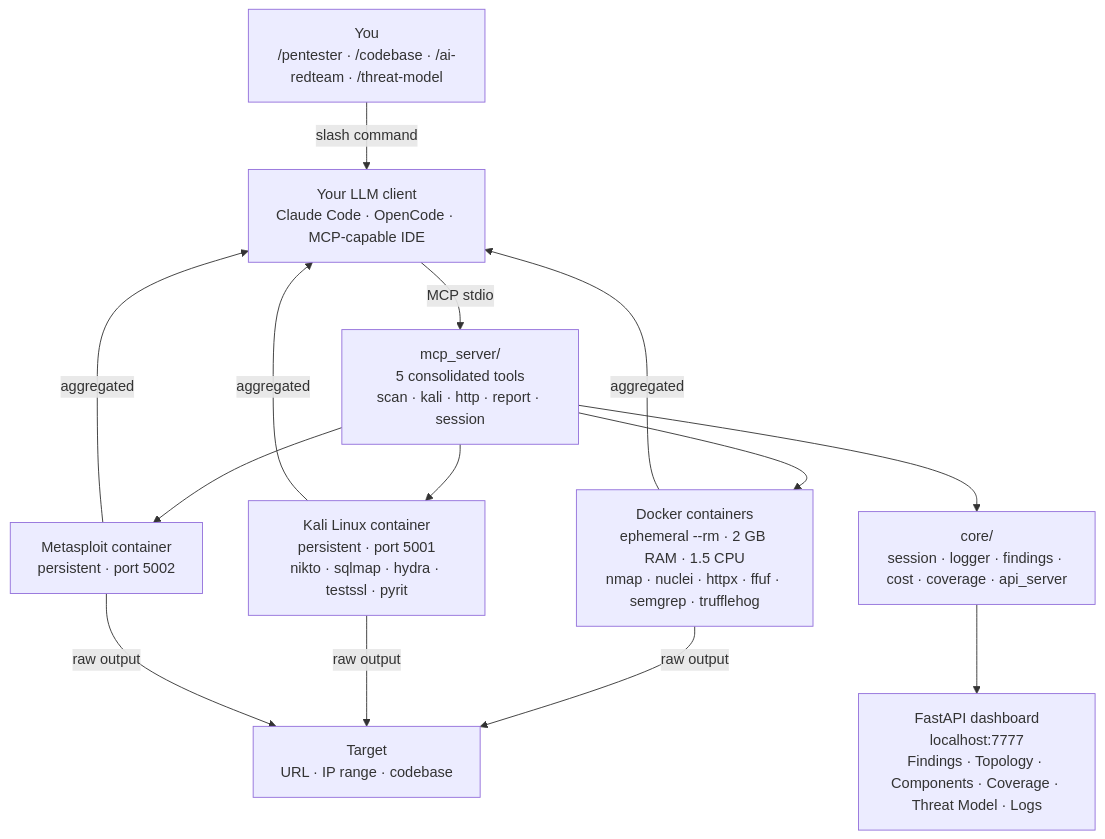
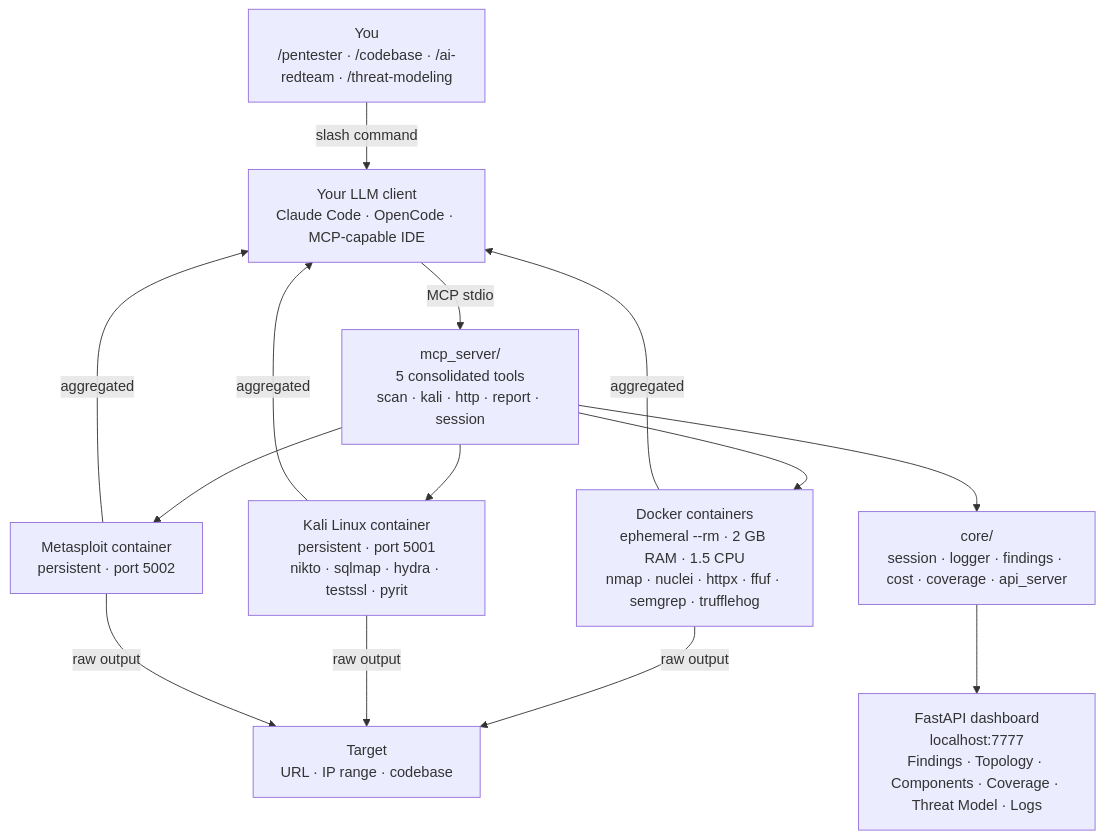
One commit to 0x0pointer/agent-smith changed the first of 2 diagrams in README.md. Above: the diagram before and after it, drawn with Mermaid. The commit also changed other lines of this file and 5 other files, not shown here.

````diff
--- a/README.md
+++ b/README.md
@@ -239,26 +239,26 @@
 ```mermaid
 flowchart TD
-    User["You<br/>/pentester · /codebase · /ai-redteam · /threat-model"]
+    User["You<br/>/pentester · /codebase · /ai-redteam · /threat-modeling"]
     Agent["Your LLM client<br/>Claude Code · OpenCode · MCP-capable IDE"]
     MCP["mcp_server/<br/>5 consolidated tools<br/>scan · kali · http · report · session"]
     Docker["Docker containers<br/>ephemeral --rm · 2 GB RAM · 1.5 CPU<br/>nmap · nuclei · httpx · ffuf · semgrep · trufflehog"]
     Kali["Kali Linux container<br/>persistent · port 5001<br/>nikto · sqlmap · hydra · testssl · pyrit"]
     Msf["Metasploit container<br/>persistent · port 5002"]
     Core["core/<br/>session · logger · findings · cost · coverage · api_server"]
     Dashboard["FastAPI dashboard<br/>localhost:7777<br/>Findings · Topology · Components · Coverage · Threat Model · Logs"]
     Target["Target<br/>URL · IP range · codebase"]
 
     User -->|slash command| Agent
     Agent -->|MCP stdio| MCP
     MCP --> Docker
     MCP --> Kali
     MCP --> Msf
     MCP --> Core
     Core --> Dashboard
     Docker -->|raw output| Target
     Kali  -->|raw output| Target
     Msf   -->|raw output| Target
     Docker -->|aggregated| Agent
     Kali   -->|aggregated| Agent
     Msf    -->|aggregated| Agent
 ```
````
